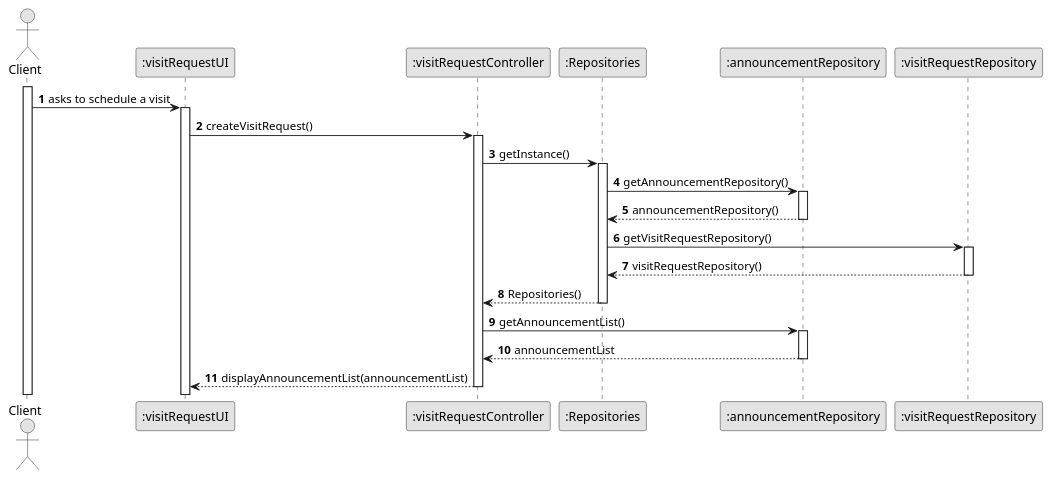
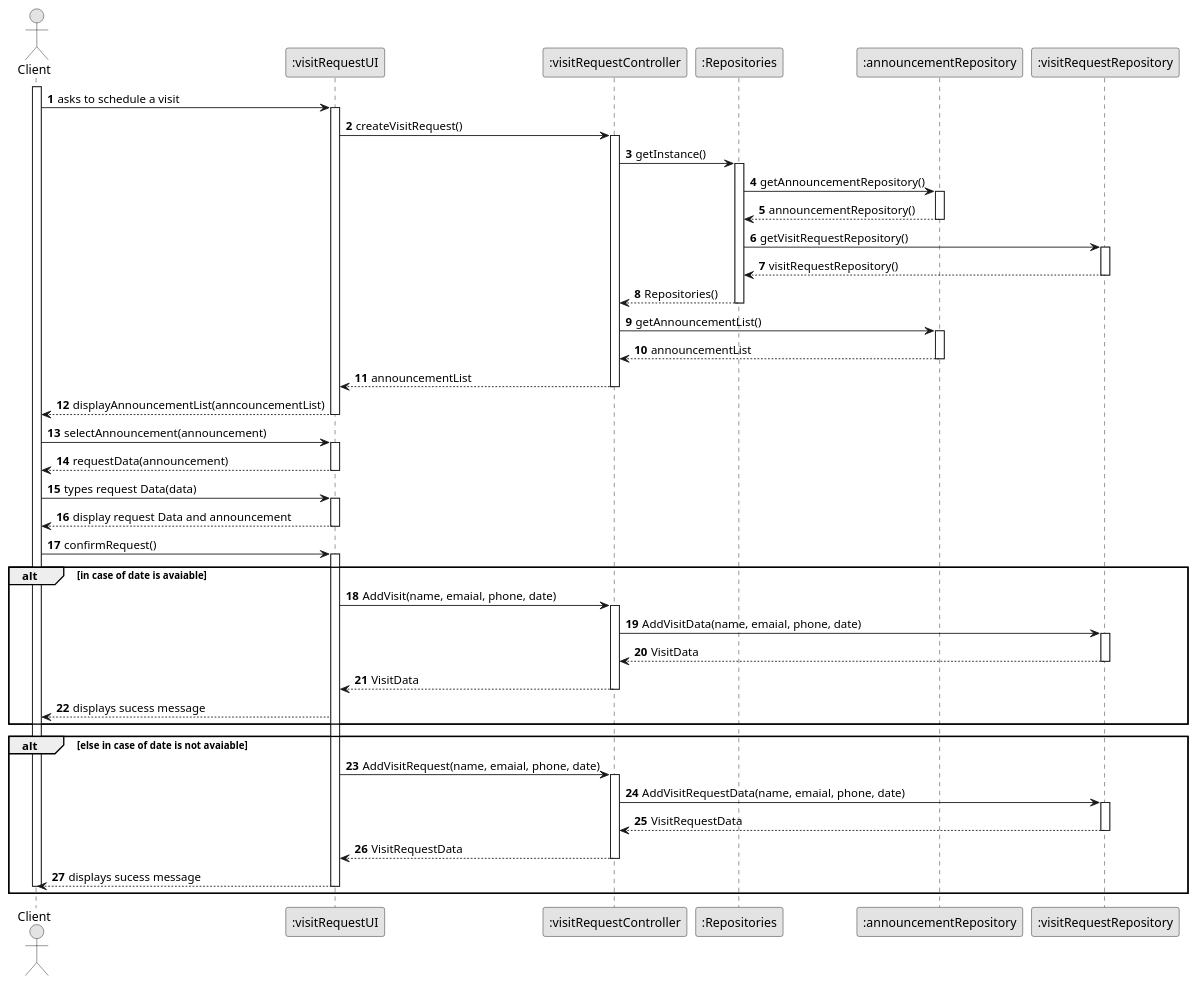
The diagram in lei-22-s2-1do-g68/docs/SprintC/us009/03.design/puml/us002-sequence-diagram-full.puml (hugosilva2901/lei-22-s2-1DO-g68), drawn with PlantUML before and after one commit.

Commit message:
US009 sequence diagram full (puml)

```diff
--- a/lei-22-s2-1do-g68/docs/SprintC/us009/03.design/puml/us002-sequence-diagram-full.puml
+++ b/lei-22-s2-1do-g68/docs/SprintC/us009/03.design/puml/us002-sequence-diagram-full.puml
@@ -1,55 +1,120 @@
 @startuml
 skinparam monochrome true
 skinparam packageStyle rectangle
 skinparam shadowing false
 
 autonumber
 
 'hide footbox
 actor "Client" as user
 participant ":visitRequestUI" as visitRequestUI
 participant ":visitRequestController" as visitRequestController
 participant ":Repositories" as Repositories
 participant ":announcementRepository" as announcementRepository
 participant ":visitRequestRepository" as visitRequestRepository
 
 activate user
 user -> visitRequestUI : asks to schedule a visit
 
 activate visitRequestUI
 visitRequestUI -> visitRequestController : createVisitRequest()
 
 activate visitRequestController
 
 visitRequestController -> Repositories : getInstance()
 activate Repositories
 
 Repositories -> announcementRepository : getAnnouncementRepository()
 activate announcementRepository
 
 announcementRepository --> Repositories : announcementRepository()
 
 deactivate announcementRepository
 
 Repositories -> visitRequestRepository : getVisitRequestRepository()
 activate visitRequestRepository
 
 visitRequestRepository --> Repositories : visitRequestRepository()
 deactivate visitRequestRepository
 
 Repositories --> visitRequestController : Repositories()
 
 deactivate Repositories
 visitRequestController -> announcementRepository : getAnnouncementList()
 
 activate announcementRepository
 
 announcementRepository --> visitRequestController : announcementList
 
 deactivate announcementRepository
 
-visitRequestController --> visitRequestUI : displayAnnouncementList(announcementList)
-
+visitRequestController --> visitRequestUI : announcementList
 deactivate visitRequestController
 
+visitRequestUI --> user : displayAnnouncementList(anncouncementList)
+
+deactivate visitRequestUI
+
+user -> visitRequestUI : selectAnnouncement(announcement)
+
+activate visitRequestUI
+
+visitRequestUI --> user : requestData(announcement)
+
+deactivate visitRequestUI
+
+user -> visitRequestUI : types request Data(data)
+
+activate visitRequestUI
+
+visitRequestUI --> user : display request Data and announcement
+
+deactivate visitRequestUI
+
+user -> visitRequestUI : confirmRequest()
+
+activate visitRequestUI
+
+
+'IF
+
+alt in case of date is avaiable
+
+    visitRequestUI -> visitRequestController : AddVisit(name, emaial, phone, date)
+
+    activate visitRequestController
+    visitRequestController -> visitRequestRepository : AddVisitData(name, emaial, phone, date)
+    activate visitRequestRepository
+
+    visitRequestRepository --> visitRequestController : VisitData
+    deactivate visitRequestRepository
+    visitRequestController --> visitRequestUI : VisitData
+    deactivate visitRequestController
+    visitRequestUI --> user : displays sucess message
+
+    deactivate visitRequestRepository
+end
+
+
+'ELSE
+
+alt else in case of date is not avaiable
+
+visitRequestUI -> visitRequestController : AddVisitRequest(name, emaial, phone, date)
+
+    activate visitRequestController
+    visitRequestController -> visitRequestRepository : AddVisitRequestData(name, emaial, phone, date)
+    activate visitRequestRepository
+
+    visitRequestRepository --> visitRequestController : VisitRequestData
+    deactivate visitRequestRepository
+    visitRequestController --> visitRequestUI : VisitRequestData
+    deactivate visitRequestController
+    visitRequestUI --> user : displays sucess message
+
+    deactivate visitRequestRepository
+    deactivate visitRequestUI
+    deactivate user
+end
+
 @enduml
```
